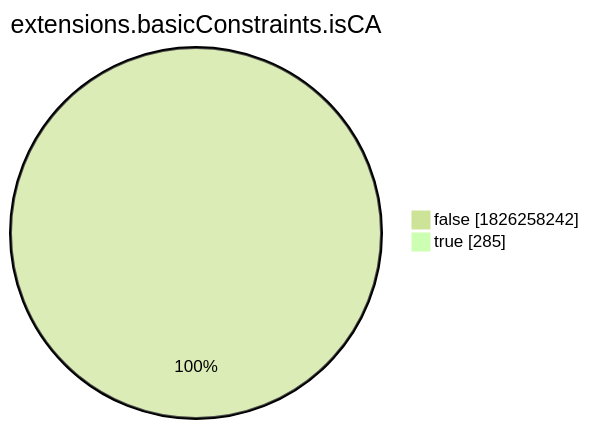
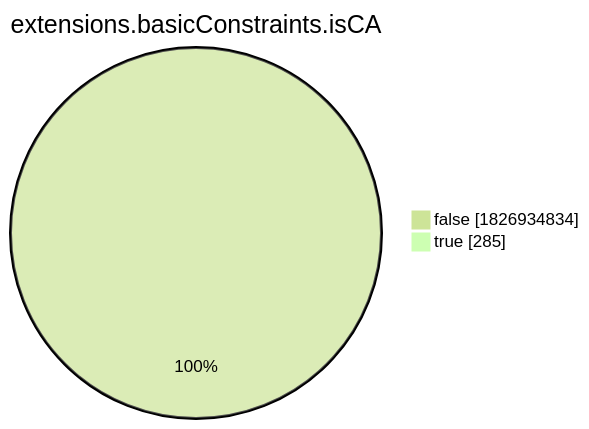
One commit to christiankrug/ctmonitor_visualization changed the eighth of 15 diagrams in xenon2022/README.md. Above: the diagram before and after it, drawn with Mermaid (forest theme). The commit also changed other lines of this file, not shown here.

````diff
--- a/xenon2022/README.md
+++ b/xenon2022/README.md
@@ -2868,6 +2868,6 @@
 ```mermaid
 pie showData
 title extensions.basicConstraints.isCA
-"false" :1826258242
+"false" :1826934834
 "true" :285
 ```
````
